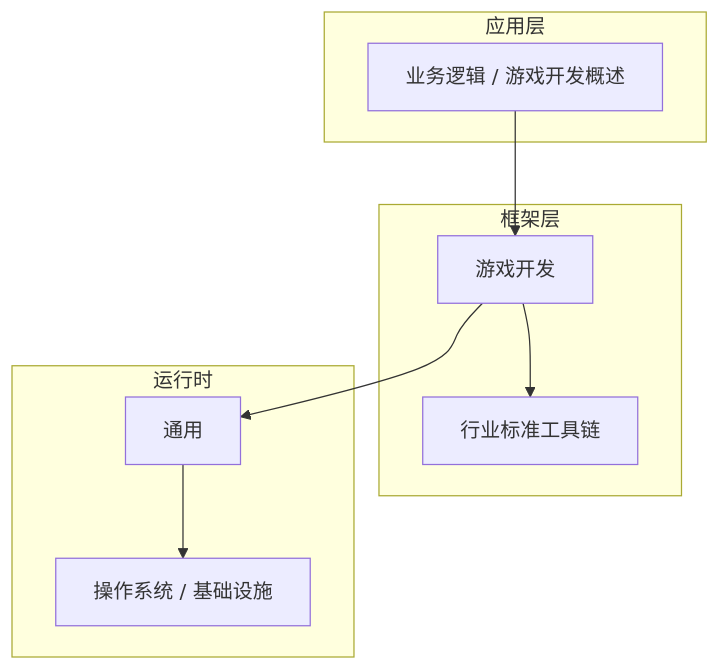
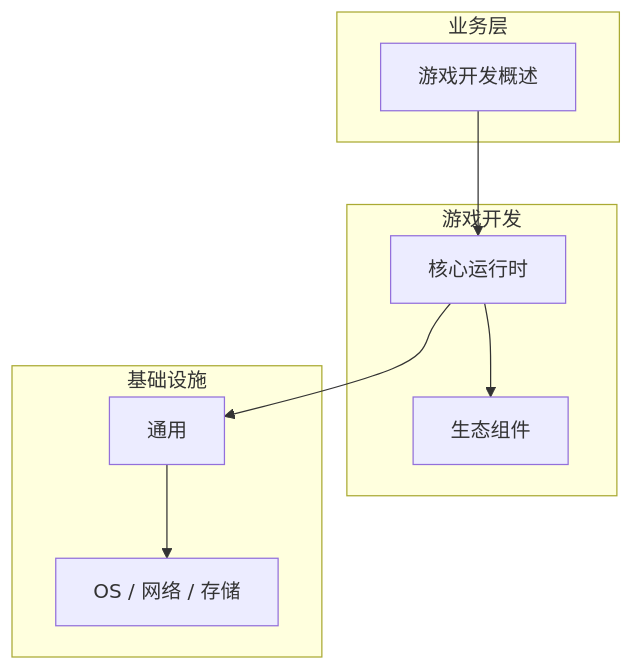
One commit to yanggan2015/knowledge-json-v2 changed the diagram in articles/游戏开发/chapters/001-游戏开发概述核心概念与原理.md. Above: the diagram before and after it, drawn with Mermaid. The commit also changed other lines of this file and 10127 other files, not shown here.

````diff
--- a/articles/游戏开发/chapters/001-游戏开发概述核心概念与原理.md
+++ b/articles/游戏开发/chapters/001-游戏开发概述核心概念与原理.md
@@ -45,18 +30,18 @@
 ```mermaid
 graph TB
-    subgraph 应用层
-        A[业务逻辑 / 游戏开发概述]
+    subgraph 业务层
+        A[游戏开发概述]
     end
-    subgraph 框架层
-        B[游戏开发]
-        C[行业标准工具链]
+    subgraph 游戏开发
+        B[核心运行时]
+        C[生态组件]
     end
-    subgraph 运行时
+    subgraph 基础设施
         D[通用]
-        E[操作系统 / 基础设施]
+        E[OS / 网络 / 存储]
     end
     A --> B
     B --> C
     B --> D
     D --> E
 ```
````
